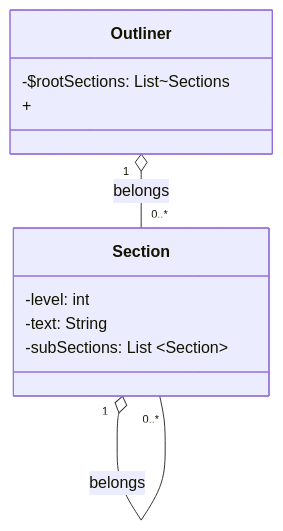
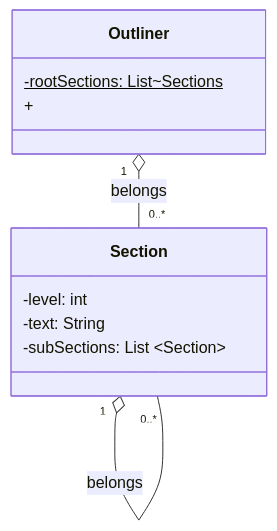
The diagram in docs/UMLTemplate.md (itsjihunpark/Microsoft-Word-Outliner-Clone), drawn with Mermaid before and after one commit.

````diff
--- a/docs/UMLTemplate.md
+++ b/docs/UMLTemplate.md
@@ -24,15 +24,15 @@
 ```mermaid
 classDiagram
     Outliner "1" o-- "0..*" Section : belongs
     Section "1" o-- "0..*" Section : belongs 
     class Outliner{
-      -$rootSections: List~Sections
+      -rootSections: List~Sections$
       +
     }
     class Section{
       -level: int
       -text: String
       -subSections: List ~Section~
     }
 
 ```
````
